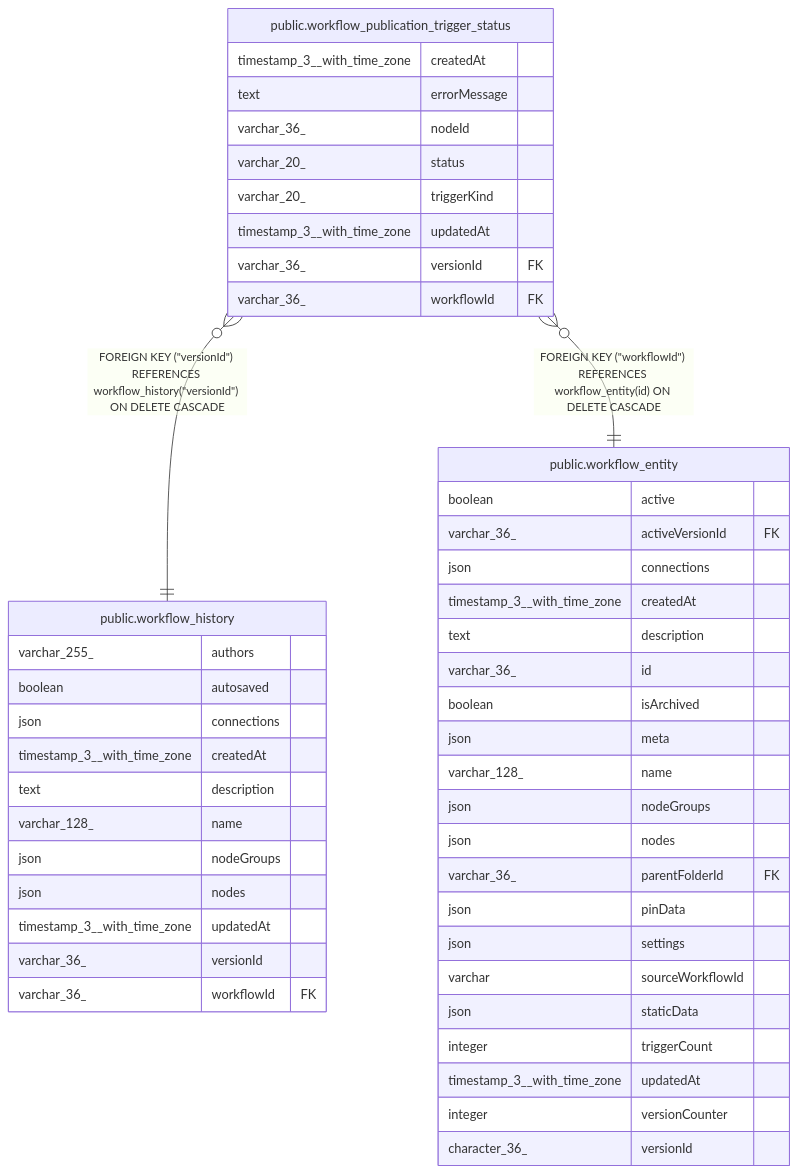
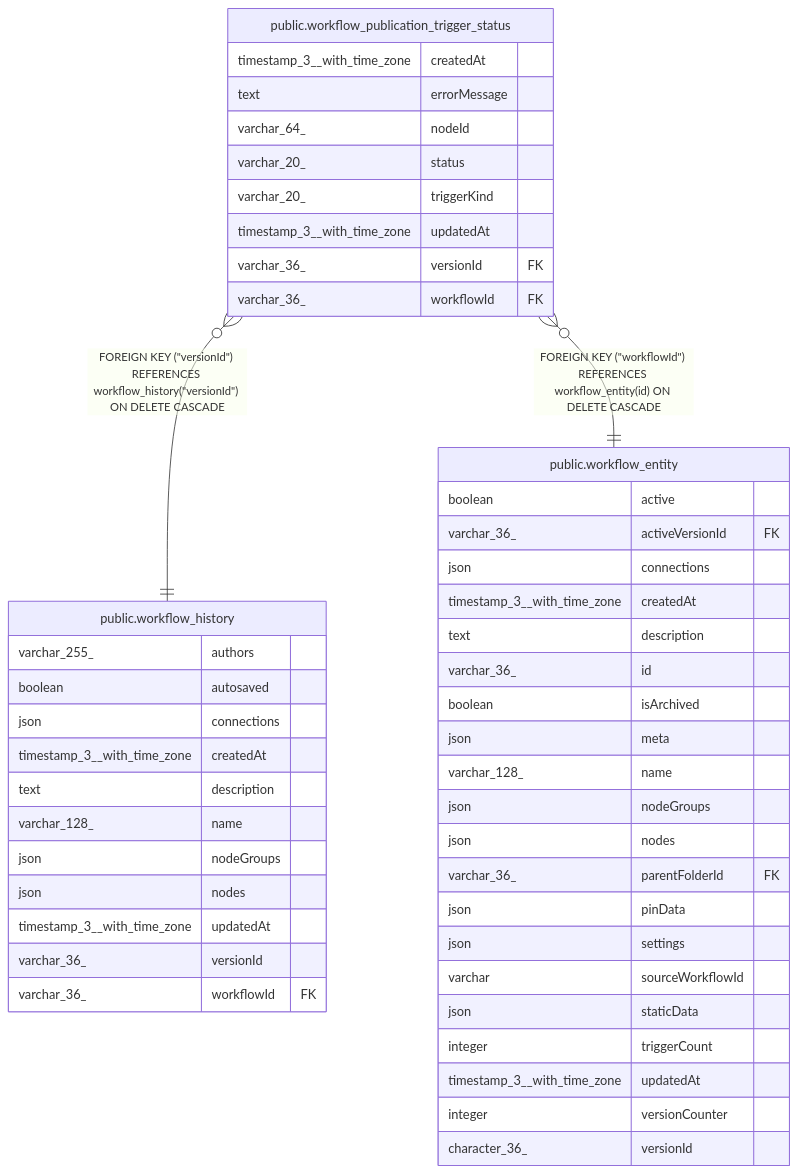
Before and after one commit to sreent/n8n: the diagram in docs/generated/postgres-schema/public.workflow_publication_trigger_status.md, drawn with Mermaid. The commit also changed other lines of this file and 7993 other files, not shown here.

````diff
--- a/docs/generated/postgres-schema/public.workflow_publication_trigger_status.md
+++ b/docs/generated/postgres-schema/public.workflow_publication_trigger_status.md
@@ -41,52 +41,52 @@
 ```mermaid
 erDiagram
 
 "public.workflow_publication_trigger_status" }o--|| "public.workflow_history" : "FOREIGN KEY (#quot;versionId#quot;) REFERENCES workflow_history(#quot;versionId#quot;) ON DELETE CASCADE"
 "public.workflow_publication_trigger_status" }o--|| "public.workflow_entity" : "FOREIGN KEY (#quot;workflowId#quot;) REFERENCES workflow_entity(id) ON DELETE CASCADE"
 
 "public.workflow_publication_trigger_status" {
   timestamp_3__with_time_zone createdAt
   text errorMessage
-  varchar_36_ nodeId
+  varchar_64_ nodeId
   varchar_20_ status
   varchar_20_ triggerKind
   timestamp_3__with_time_zone updatedAt
   varchar_36_ versionId FK
   varchar_36_ workflowId FK
 }
 "public.workflow_history" {
   varchar_255_ authors
   boolean autosaved
   json connections
   timestamp_3__with_time_zone createdAt
   text description
   varchar_128_ name
   json nodeGroups
   json nodes
   timestamp_3__with_time_zone updatedAt
   varchar_36_ versionId
   varchar_36_ workflowId FK
 }
 "public.workflow_entity" {
   boolean active
   varchar_36_ activeVersionId FK
   json connections
   timestamp_3__with_time_zone createdAt
   text description
   varchar_36_ id
   boolean isArchived
   json meta
   varchar_128_ name
   json nodeGroups
   json nodes
   varchar_36_ parentFolderId FK
   json pinData
   json settings
   varchar sourceWorkflowId
   json staticData
   integer triggerCount
   timestamp_3__with_time_zone updatedAt
   integer versionCounter
   character_36_ versionId
 }
 ```
````
